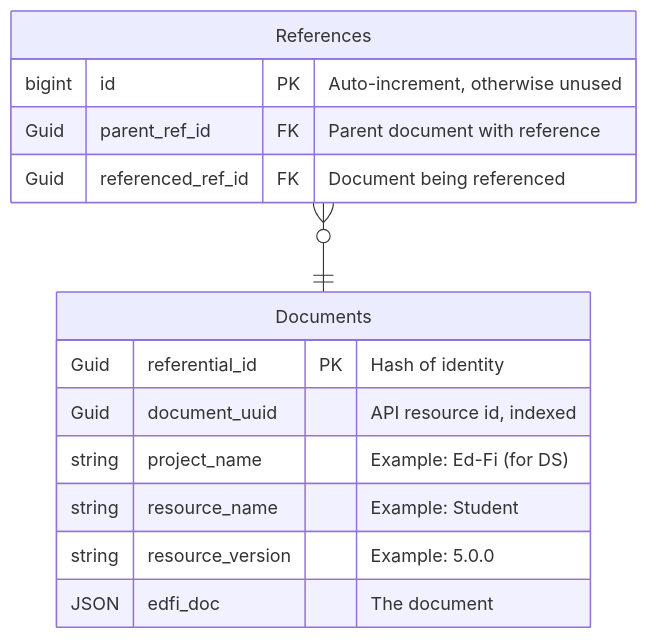
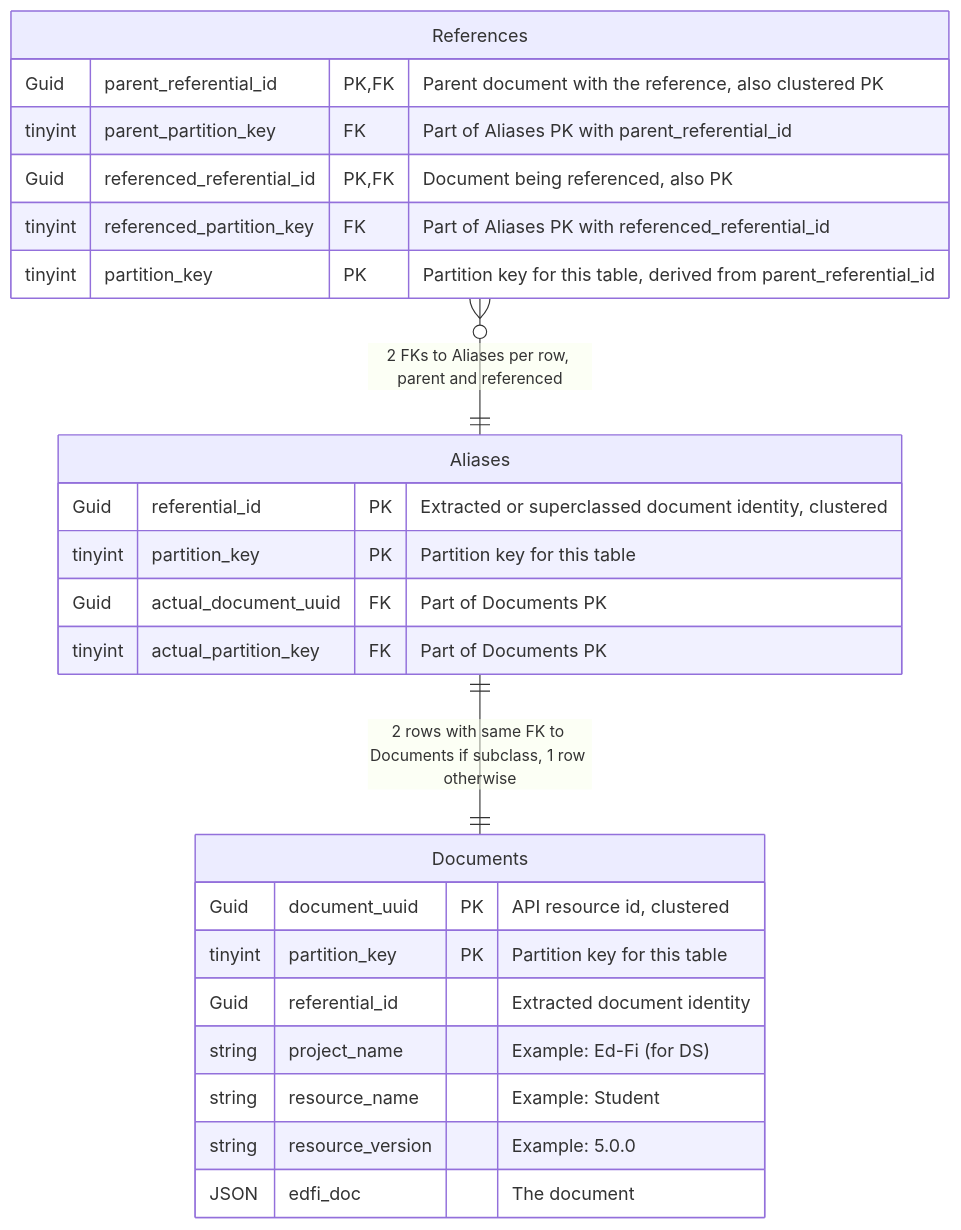
The first of 7 diagrams in docs/DMS/PRIMARY-DATA-STORAGE.md (Ed-Fi-Alliance-OSS/Project-Tanager), drawn with Mermaid before and after one commit. The commit also changed other lines of this file, not shown here.

````diff
--- a/docs/DMS/PRIMARY-DATA-STORAGE.md
+++ b/docs/DMS/PRIMARY-DATA-STORAGE.md
@@ -50,17 +50,28 @@
 ```mermaid
 erDiagram
-    References }o--|| Documents : ""
+    References }o--|| Aliases : "2 FKs to Aliases per row, parent and referenced"
     References {
-        bigint id PK "Auto-increment, otherwise unused"
-        Guid parent_ref_id FK "Parent document with reference"
-        Guid referenced_ref_id FK "Document being referenced"
+        Guid parent_referential_id PK, FK "Parent document with the reference, also clustered PK"
+        tinyint parent_partition_key FK "Part of Aliases PK with parent_referential_id"
+        Guid referenced_referential_id PK, FK "Document being referenced, also PK"
+        tinyint referenced_partition_key FK "Part of Aliases PK with referenced_referential_id"
+        tinyint partition_key PK "Partition key for this table, derived from parent_referential_id"
+    }
+    Aliases ||--|| Documents : "2 rows with same FK to Documents if subclass, 1 row otherwise"
+    Aliases {
+        Guid referential_id PK "Extracted or superclassed document identity, clustered"
+        tinyint partition_key PK "Partition key for this table"
+        Guid actual_document_uuid FK "Part of Documents PK"
+        tinyint actual_partition_key FK "Part of Documents PK"
+
     }
     Documents {
-        Guid referential_id PK "Hash of identity"
-        Guid document_uuid "API resource id, indexed"
+        Guid document_uuid PK "API resource id, clustered"
+        tinyint partition_key PK "Partition key for this table"
+        Guid referential_id "Extracted document identity"
         string project_name "Example: Ed-Fi (for DS)"
         string resource_name "Example: Student"
         string resource_version "Example: 5.0.0"
         JSON edfi_doc "The document"
     }
 ```
````
